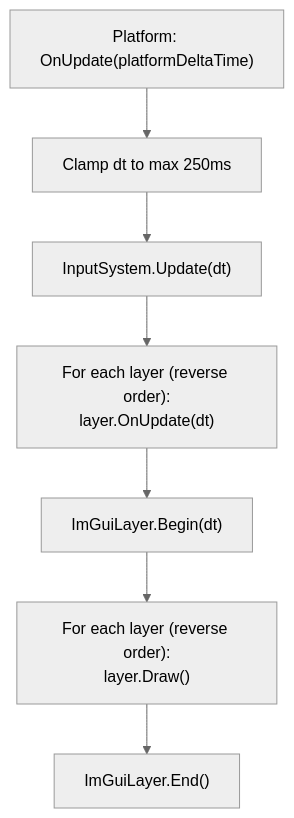
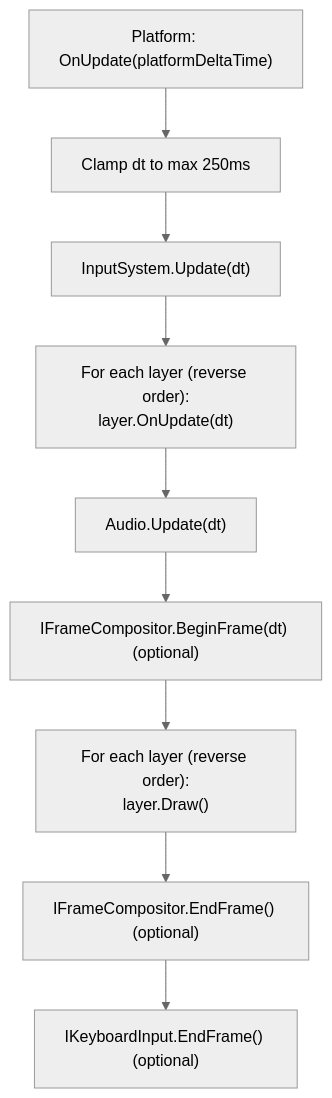
The third of 6 diagrams in docs/architecture/game-loop.md (kateusz/GameEngine), drawn with Mermaid (neutral theme) before and after one commit. The commit also changed other lines of this file and 25 other files, not shown here.

````diff
--- a/docs/architecture/game-loop.md
+++ b/docs/architecture/game-loop.md
@@ -143,9 +161,11 @@
 ```mermaid
 graph TD
     A["Platform: OnUpdate(platformDeltaTime)"] --> B["Clamp dt to max 250ms"]
     B --> C["InputSystem.Update(dt)"]
     C --> D["For each layer (reverse order):<br/>layer.OnUpdate(dt)"]
-    D --> E["ImGuiLayer.Begin(dt)"]
-    E --> F["For each layer (reverse order):<br/>layer.Draw()"]
-    F --> G["ImGuiLayer.End()"]
+    D --> E["Audio.Update(dt)"]
+    E --> F["IFrameCompositor.BeginFrame(dt) (optional)"]
+    F --> G["For each layer (reverse order):<br/>layer.Draw()"]
+    G --> H["IFrameCompositor.EndFrame() (optional)"]
+    H --> I["IKeyboardInput.EndFrame() (optional)"]
 ```
````
